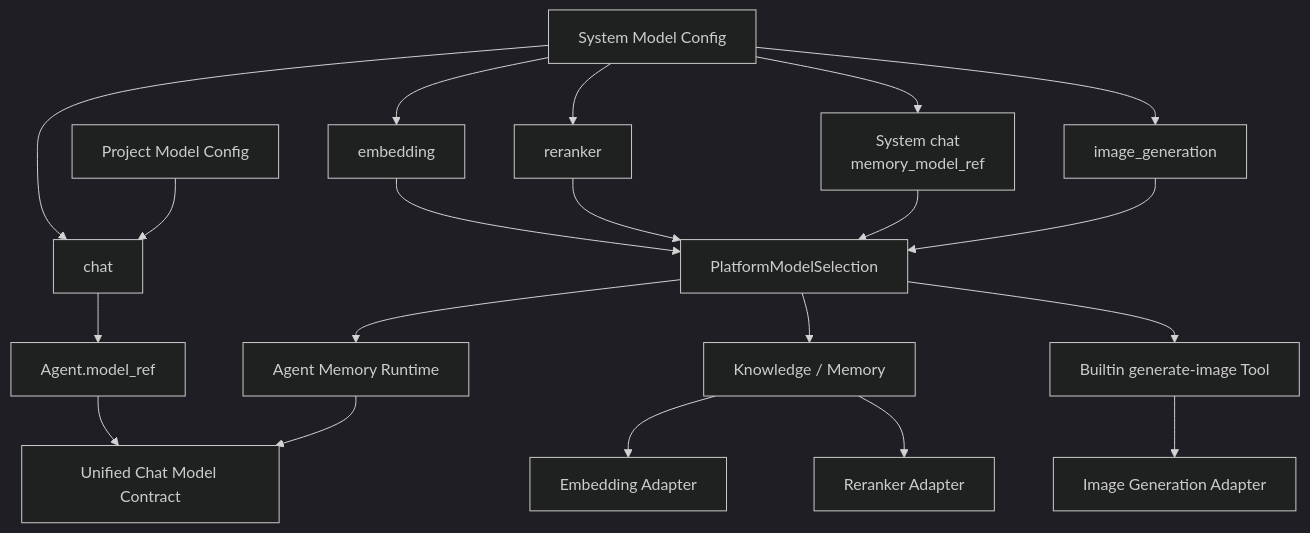
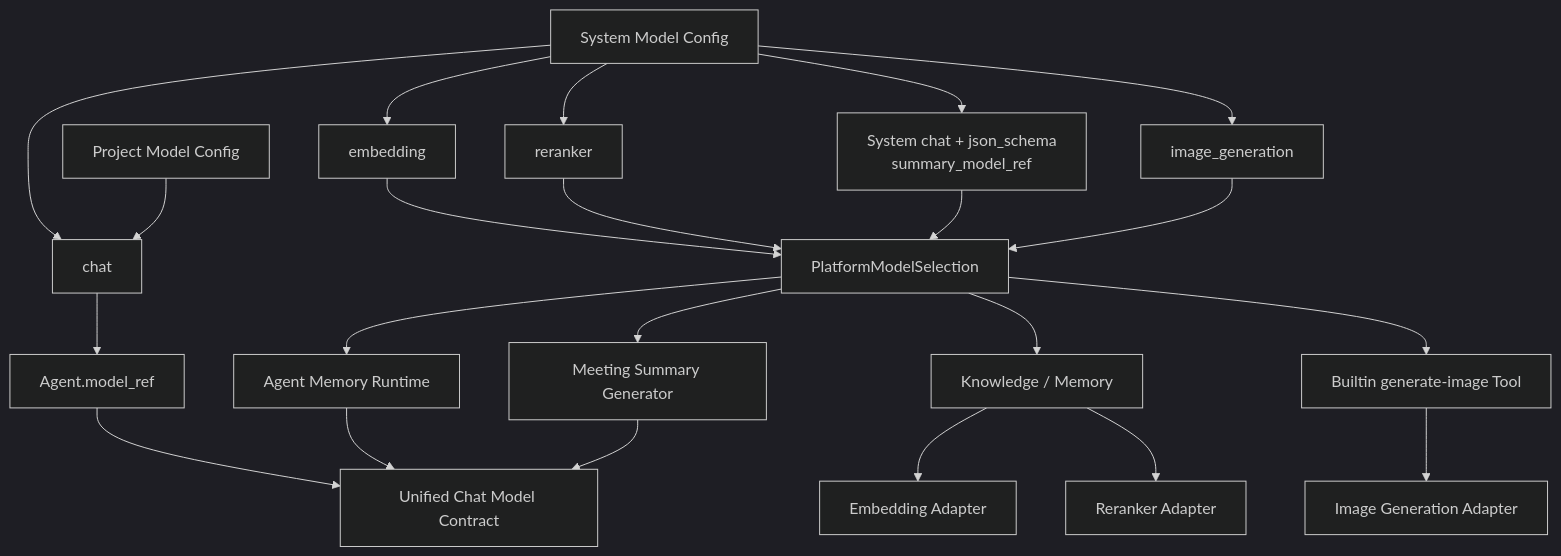
One commit to LunaDeerTech/agenteam changed the second of 4 diagrams in docs/architecture/platform-infrastructure/model-system/model-configuration.md. Above: the diagram before and after it, drawn with Mermaid (dark theme). The commit also changed other lines of this file and 13 other files, not shown here.

Commit message:
docs: define one summary model across memory and meetings

```diff
--- a/docs/architecture/platform-infrastructure/model-system/model-configuration.md
+++ b/docs/architecture/platform-infrastructure/model-system/model-configuration.md
@@ -255,48 +254,51 @@
 ~~~mermaid
 flowchart TB
     System["System Model Config"]
     Project["Project Model Config"]
 
     Chat["chat"]
-    MemoryChat["System chat<br/>memory_model_ref"]
+    SummaryChat["System chat + json_schema<br/>summary_model_ref"]
     Emb["embedding"]
     Rank["reranker"]
     Image["image_generation"]
 
     Agent["Agent.model_ref"]
     Select["PlatformModelSelection"]
     KM["Knowledge / Memory"]
     MemoryRuntime["Agent Memory Runtime"]
+    MeetingSummary["Meeting Summary Generator"]
     ImageTool["Builtin generate-image Tool"]
 
     ChatAdapter["Unified Chat Model Contract"]
     EmbAdapter["Embedding Adapter"]
     RankAdapter["Reranker Adapter"]
     ImageAdapter["Image Generation Adapter"]
 
     System --> Chat
-    System --> MemoryChat
+    System --> SummaryChat
     System --> Emb
     System --> Rank
     System --> Image
 
     Project --> Chat
 
     Chat --> Agent
     Agent --> ChatAdapter
 
     Emb --> Select
     Rank --> Select
-    MemoryChat --> Select
+    SummaryChat --> Select
     Image --> Select
 
     Select --> KM
     KM --> EmbAdapter
     KM --> RankAdapter
 
     Select --> MemoryRuntime
     MemoryRuntime --> ChatAdapter
+    Select --> MeetingSummary
+    MeetingSummary --> ChatAdapter
 
     Select --> ImageTool
     ImageTool --> ImageAdapter
 ~~~
```
